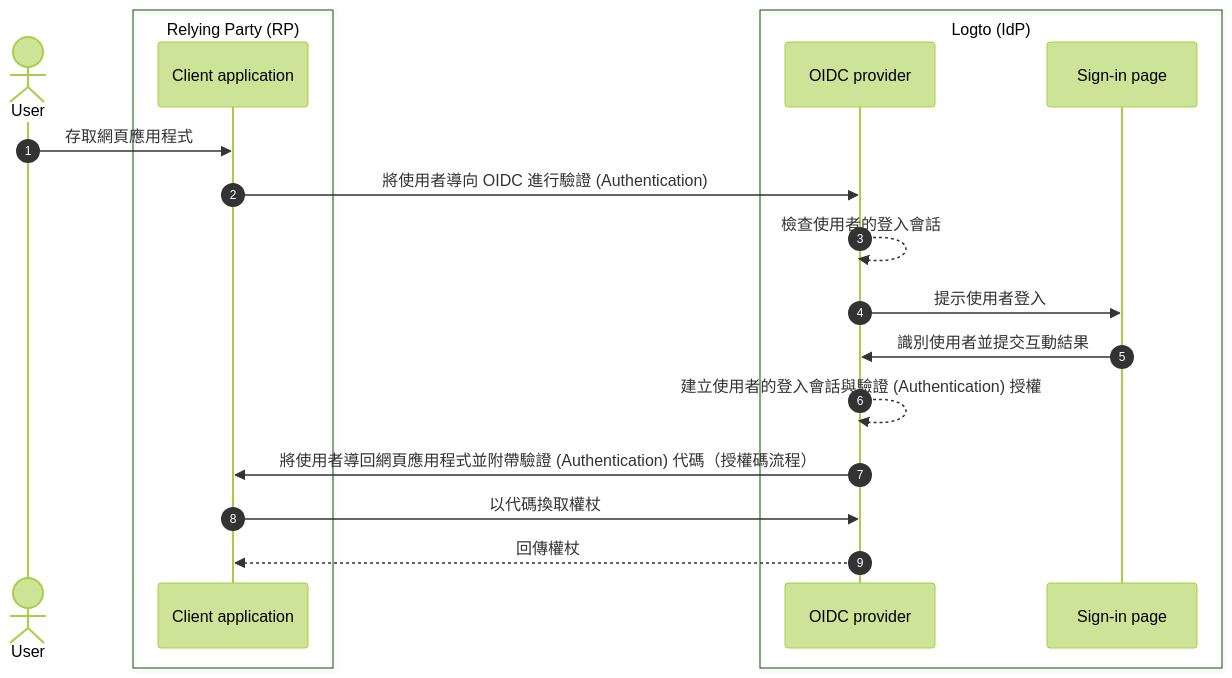
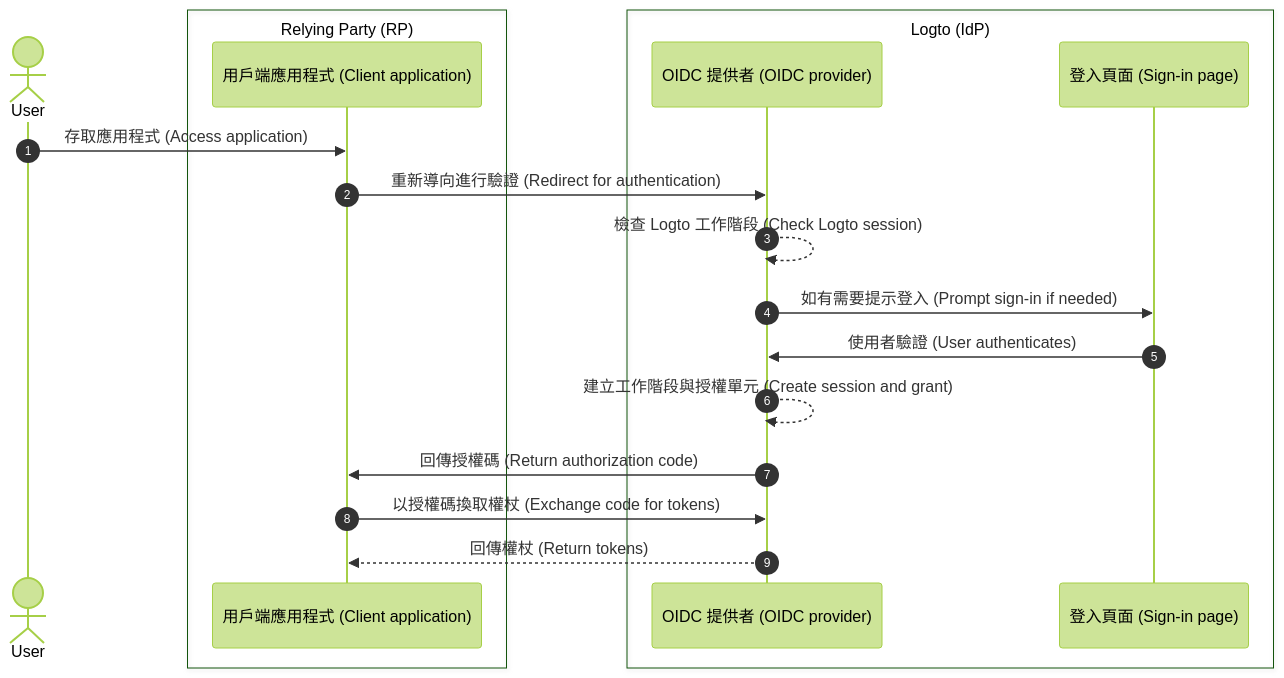
One commit to logto-io/docs changed the second of 5 diagrams in i18n/zh-TW/docusaurus-plugin-content-docs/current/end-user-flows/sign-out.mdx. Above: the diagram before and after it, drawn with Mermaid (forest theme). The commit also changed other lines of this file and 74 other files, not shown here.

````diff
--- a/i18n/zh-TW/docusaurus-plugin-content-docs/current/end-user-flows/sign-out.mdx
+++ b/i18n/zh-TW/docusaurus-plugin-content-docs/current/end-user-flows/sign-out.mdx
@@ -13,24 +62,24 @@
 ```mermaid
-  sequenceDiagram
-    autonumber
-    actor User
+sequenceDiagram
+  autonumber
+  actor User
 
-    box Relying Party (RP)
-      participant Client as Client application
-    end
+  box Relying Party (RP)
+    participant Client as 用戶端應用程式 (Client application)
+  end
 
-    box Logto (IdP)
-      participant OIDC as OIDC provider
-      participant SignIn as Sign-in page
-    end
+  box Logto (IdP)
+    participant OIDC as OIDC 提供者 (OIDC provider)
+    participant SignIn as 登入頁面 (Sign-in page)
+  end
 
-    User ->> Client: 存取網頁應用程式
-    Client ->> OIDC: 將使用者導向 OIDC 進行驗證 (Authentication)
-    OIDC -->> OIDC: 檢查使用者的登入會話
-    OIDC ->> SignIn: 提示使用者登入
-    SignIn ->> OIDC: 識別使用者並提交互動結果
-    OIDC -->> OIDC: 建立使用者的登入會話與驗證 (Authentication) 授權
-    OIDC ->> Client: 將使用者導回網頁應用程式並附帶驗證 (Authentication) 代碼（授權碼流程）
-    Client ->> OIDC: 以代碼換取權杖
-    OIDC -->> Client: 回傳權杖
+  User ->> Client: 存取應用程式 (Access application)
+  Client ->> OIDC: 重新導向進行驗證 (Redirect for authentication)
+  OIDC -->> OIDC: 檢查 Logto 工作階段 (Check Logto session)
+  OIDC ->> SignIn: 如有需要提示登入 (Prompt sign-in if needed)
+  SignIn ->> OIDC: 使用者驗證 (User authenticates)
+  OIDC -->> OIDC: 建立工作階段與授權單元 (Create session and grant)
+  OIDC ->> Client: 回傳授權碼 (Return authorization code)
+  Client ->> OIDC: 以授權碼換取權杖 (Exchange code for tokens)
+  OIDC -->> Client: 回傳權杖 (Return tokens)
 ```
````
